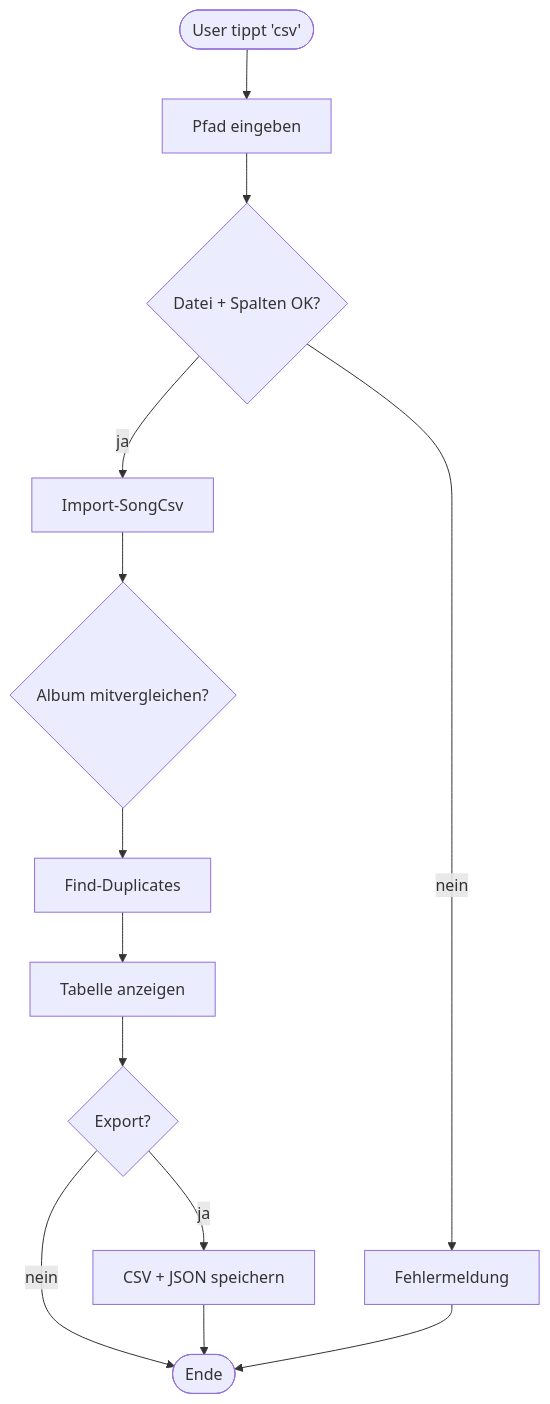
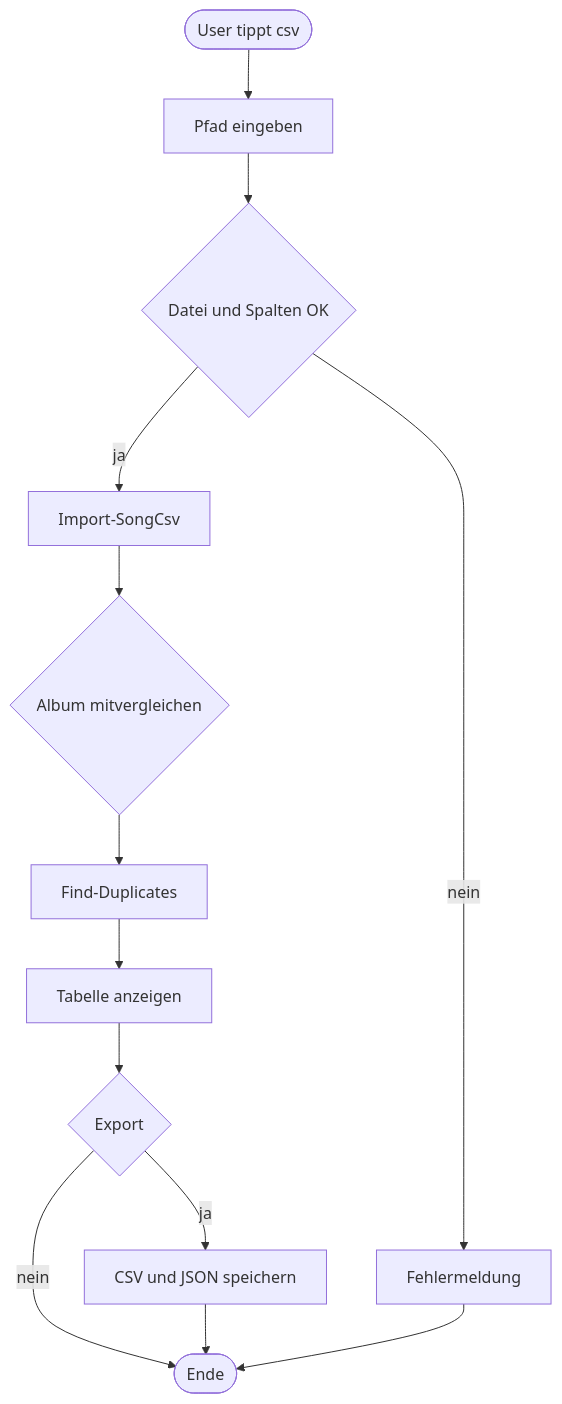
One commit to leandrosab/spotify-dup changed the second of 6 diagrams in anhang/flowchart.md. Above: the diagram before and after it, drawn with Mermaid. The commit also changed other lines of this file, not shown here.

Commit message:
Flowchart V.3

````diff
--- a/anhang/flowchart.md
+++ b/anhang/flowchart.md
@@ -36,15 +36,15 @@
 ```mermaid
 flowchart TD
-    Start([User tippt 'csv']) --> Path[Pfad eingeben]
-    Path --> Check{Datei + Spalten OK?}
+    Begin([User tippt csv]) --> Path[Pfad eingeben]
+    Path --> Check{Datei und Spalten OK}
     Check -->|nein| Err[Fehlermeldung]
     Check -->|ja| Import[Import-SongCsv]
-    Import --> Album{Album mitvergleichen?}
+    Import --> Album{Album mitvergleichen}
     Album --> Find[Find-Duplicates]
     Find --> Show[Tabelle anzeigen]
-    Show --> Export{Export?}
-    Export -->|ja| Save[CSV + JSON speichern]
-    Export -->|nein| End([Ende])
-    Save --> End
-    Err --> End
+    Show --> ExportQ{Export}
+    ExportQ -->|ja| Save[CSV und JSON speichern]
+    ExportQ -->|nein| Done([Ende])
+    Save --> Done
+    Err --> Done
 ```
````
